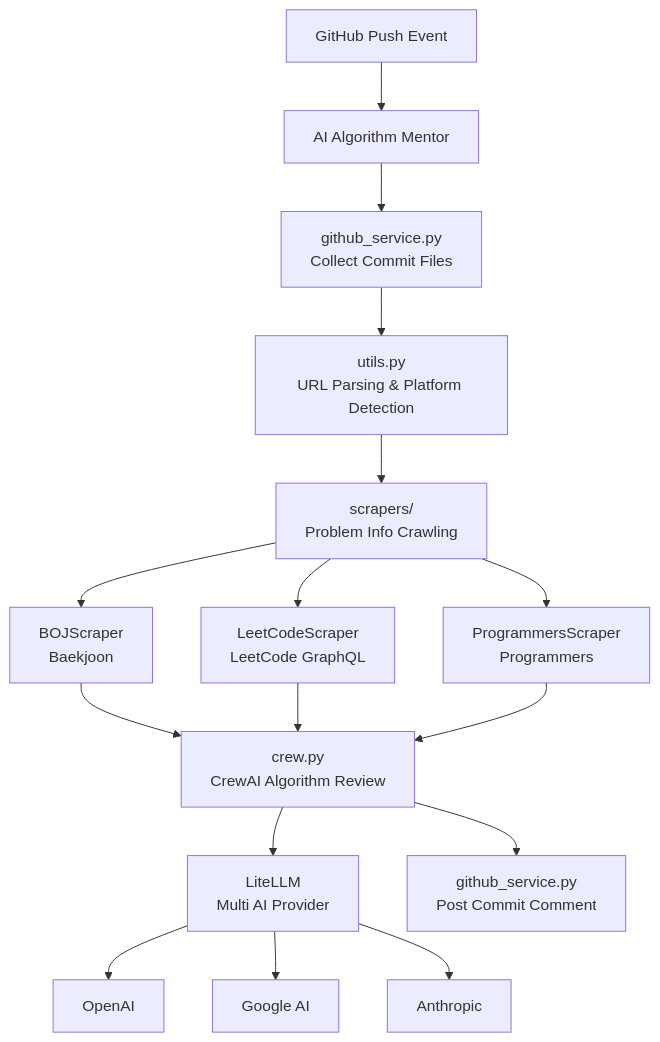
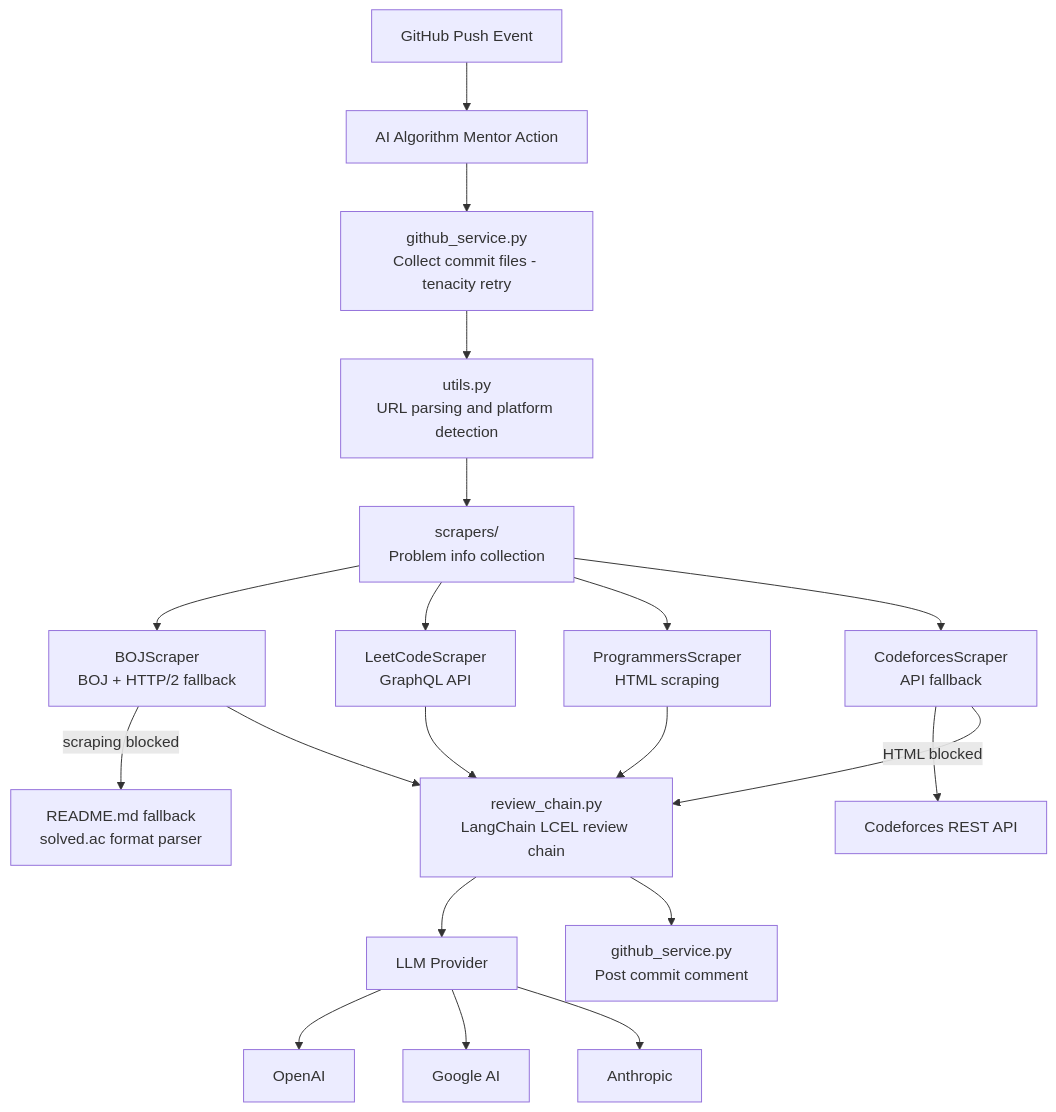
One commit to actions-marketplace-validations/choam2426_AI-Algorithm-Mentor changed the diagram in README_EN.md. Above: the diagram before and after it, drawn with Mermaid. The commit also changed other lines of this file and 1 other file, not shown here.

````diff
--- a/README_EN.md
+++ b/README_EN.md
@@ -152,20 +196,24 @@
 ```mermaid
 graph TD
-    A[GitHub Push Event] --> B[AI Algorithm Mentor]
-    B --> C[github_service.py<br/>Collect Commit Files]
-    C --> D[utils.py<br/>URL Parsing & Platform Detection]
-    D --> E[scrapers/<br/>Problem Info Crawling]
-    
-    E --> E1[BOJScraper<br/>Baekjoon]
-    E --> E2[LeetCodeScraper<br/>LeetCode GraphQL]
-    E --> E3[ProgrammersScraper<br/>Programmers]
-    
-    E1 & E2 & E3 --> F[crew.py<br/>CrewAI Algorithm Review]
-    
-    F --> G[LiteLLM<br/>Multi AI Provider]
-    G --> G1[OpenAI]
-    G --> G2[Google AI]
-    G --> G3[Anthropic]
-    
-    F --> H[github_service.py<br/>Post Commit Comment]
+    A[GitHub Push Event] --> B[AI Algorithm Mentor Action]
+    B --> C[github_service.py<br/>Collect commit files - tenacity retry]
+    C --> D[utils.py<br/>URL parsing and platform detection]
+    D --> E[scrapers/<br/>Problem info collection]
+
+    E --> E1[BOJScraper<br/>BOJ + HTTP/2 fallback]
+    E --> E2[LeetCodeScraper<br/>GraphQL API]
+    E --> E3[ProgrammersScraper<br/>HTML scraping]
+    E --> E4[CodeforcesScraper<br/>API fallback]
+
+    E1 -->|scraping blocked| F1[README.md fallback<br/>solved.ac format parser]
+    E4 -->|HTML blocked| F2[Codeforces REST API]
+
+    E1 & E2 & E3 & E4 --> G[review_chain.py<br/>LangChain LCEL review chain]
+
+    G --> H[LLM Provider]
+    H --> H1[OpenAI]
+    H --> H2[Google AI]
+    H --> H3[Anthropic]
+
+    G --> I[github_service.py<br/>Post commit comment]
 ```
````
